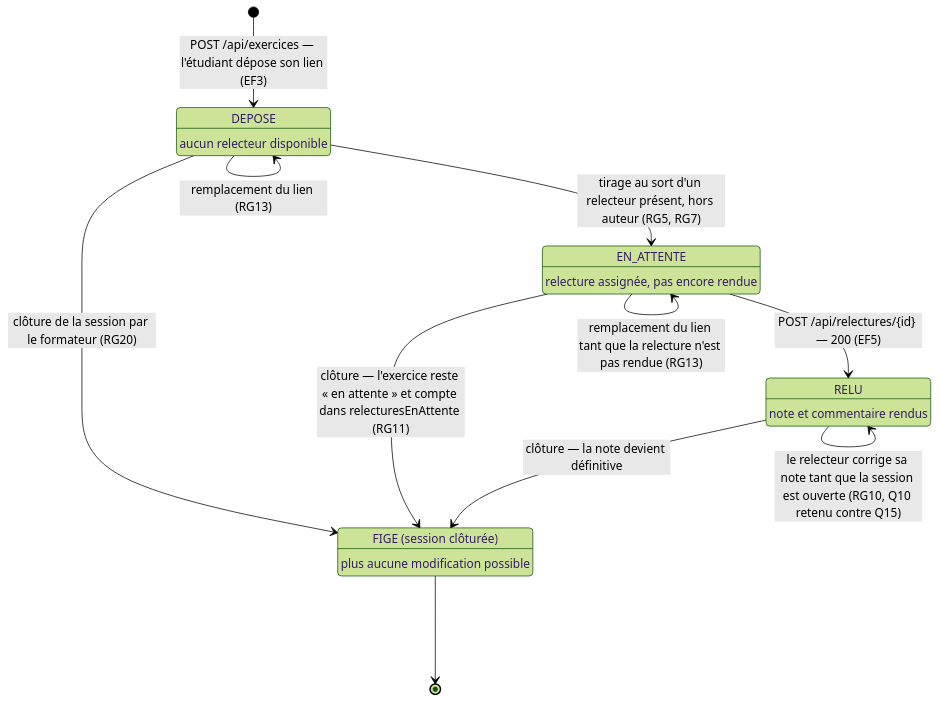
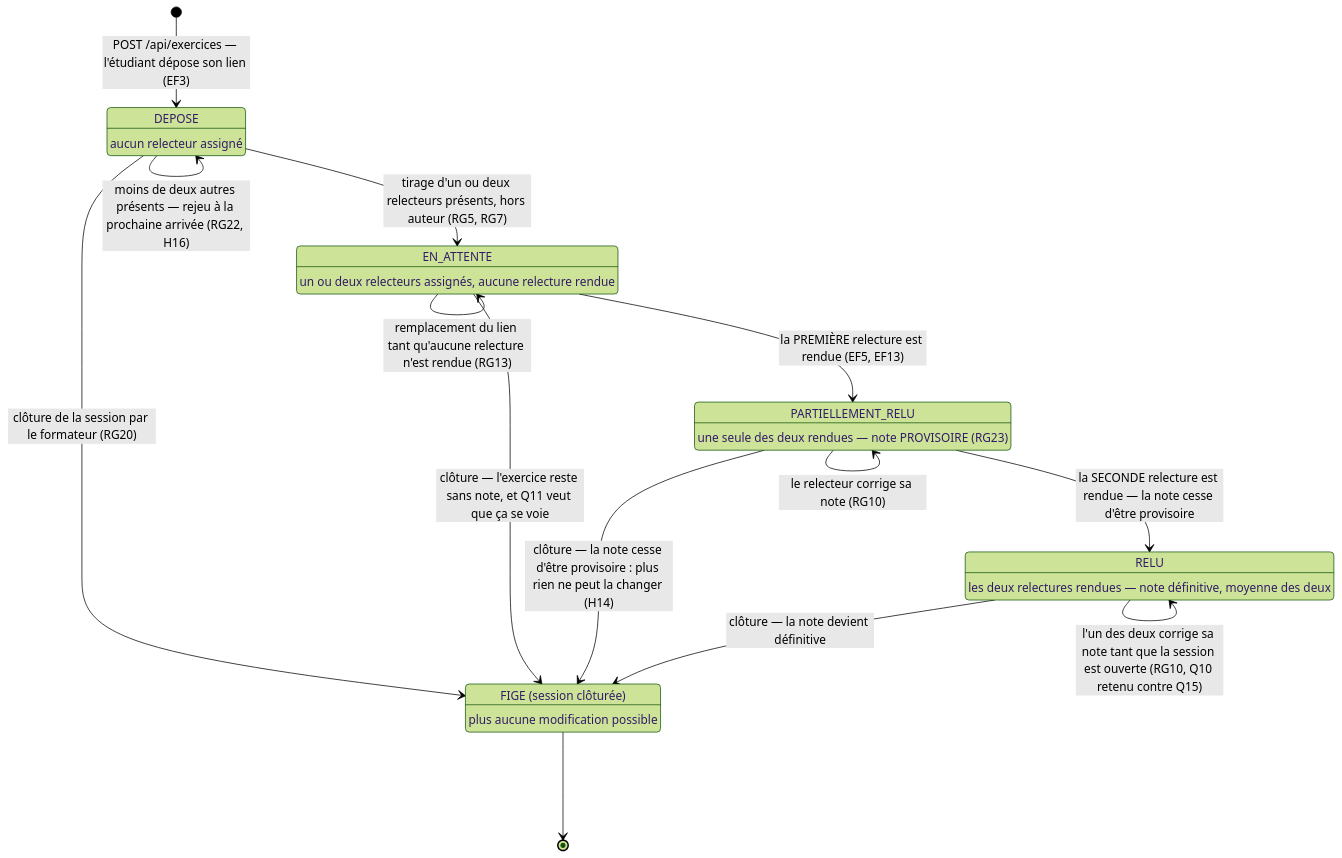
The diagram in docs/diagrammes/D4_etats_transitions.md (Tcheutch/kfokam48-epreuve-263), drawn with Mermaid (forest theme) before and after one commit. The commit also changed other lines of this file and 5 other files, not shown here.

````diff
--- a/docs/diagrammes/D4_etats_transitions.md
+++ b/docs/diagrammes/D4_etats_transitions.md
@@ -8,27 +18,35 @@
 ```mermaid
 stateDiagram-v2
     [*] --> DEPOSE : POST /api/exercices — l'étudiant dépose son lien (EF3)
 
     DEPOSE : DEPOSE
-    DEPOSE : aucun relecteur disponible
+    DEPOSE : aucun relecteur assigné
     EN_ATTENTE : EN_ATTENTE
-    EN_ATTENTE : relecture assignée, pas encore rendue
+    EN_ATTENTE : un ou deux relecteurs assignés, aucune relecture rendue
+    PARTIELLEMENT_RELU : PARTIELLEMENT_RELU
+    PARTIELLEMENT_RELU : une seule des deux rendues — note PROVISOIRE (RG23)
     RELU : RELU
-    RELU : note et commentaire rendus
+    RELU : les deux relectures rendues — note définitive, moyenne des deux
 
     DEPOSE --> DEPOSE : remplacement du lien (RG13)
-    DEPOSE --> EN_ATTENTE : tirage au sort d'un relecteur présent, hors auteur (RG5, RG7)
+    DEPOSE --> EN_ATTENTE : tirage d'un ou deux relecteurs présents, hors auteur (RG5, RG7)
+    DEPOSE --> DEPOSE : moins de deux autres présents — rejeu à la prochaine arrivée (RG22, H16)
 
-    EN_ATTENTE --> EN_ATTENTE : remplacement du lien tant que la relecture n'est pas rendue (RG13)
-    EN_ATTENTE --> RELU : POST /api/relectures/{id} — 200 (EF5)
+    EN_ATTENTE --> EN_ATTENTE : le second relecteur est assigné à son tour (RG22)
+    EN_ATTENTE --> EN_ATTENTE : remplacement du lien tant qu'aucune relecture n'est rendue (RG13)
+    EN_ATTENTE --> PARTIELLEMENT_RELU : la PREMIÈRE relecture est rendue (EF5, EF13)
 
-    RELU --> RELU : le relecteur corrige sa note tant que la session est ouverte (RG10, Q10 retenu contre Q15)
+    PARTIELLEMENT_RELU --> RELU : la SECONDE relecture est rendue — la note cesse d'être provisoire
+    PARTIELLEMENT_RELU --> PARTIELLEMENT_RELU : le relecteur corrige sa note (RG10)
+
+    RELU --> RELU : l'un des deux corrige sa note tant que la session est ouverte (RG10, Q10 retenu contre Q15)
 
     DEPOSE --> FIGE : clôture de la session par le formateur (RG20)
-    EN_ATTENTE --> FIGE : clôture — l'exercice reste « en attente » et compte dans relecturesEnAttente (RG11)
+    EN_ATTENTE --> FIGE : clôture — l'exercice reste sans note, et Q11 veut que ça se voie
+    PARTIELLEMENT_RELU --> FIGE : clôture — la note cesse d'être provisoire : plus rien ne peut la changer (H14)
     RELU --> FIGE : clôture — la note devient définitive
 
     FIGE : FIGE (session clôturée)
     FIGE : plus aucune modification possible
     FIGE --> [*]
 ```
````
